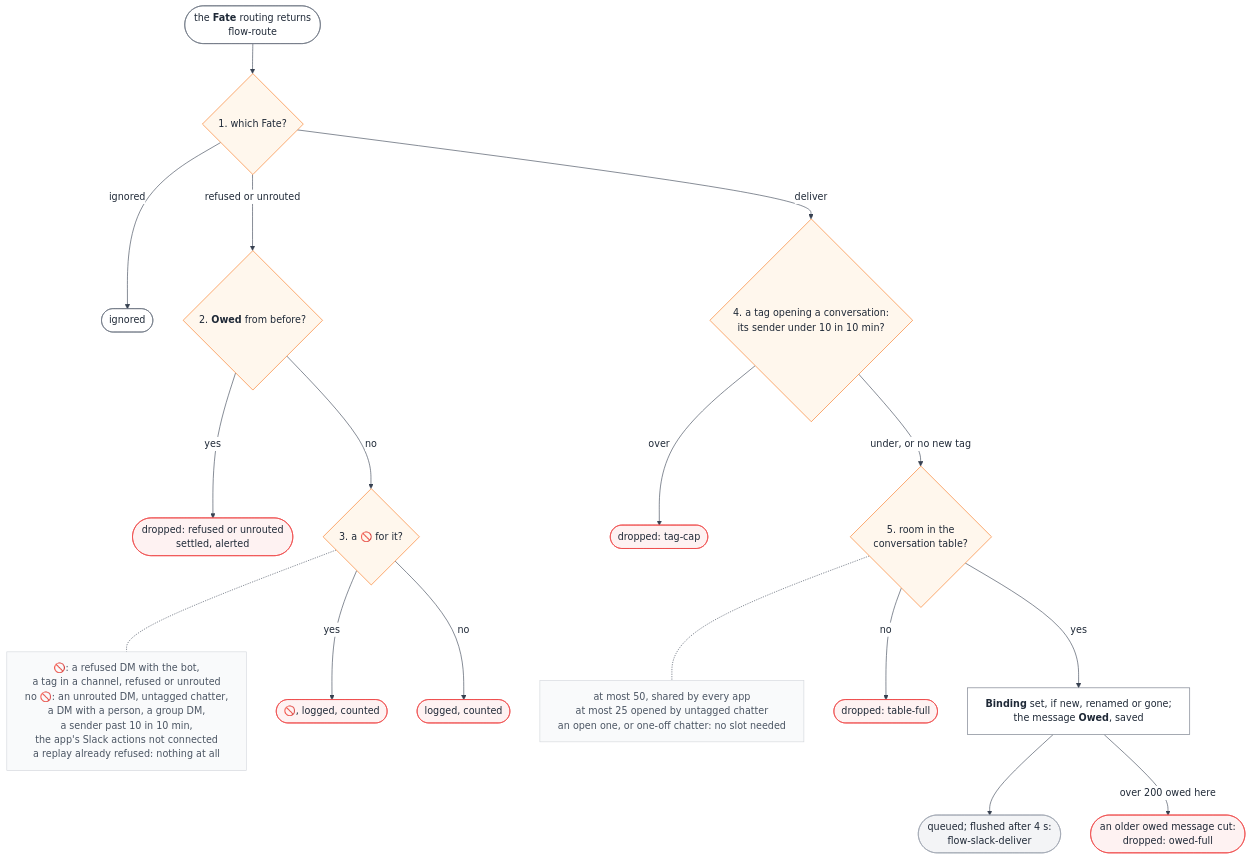
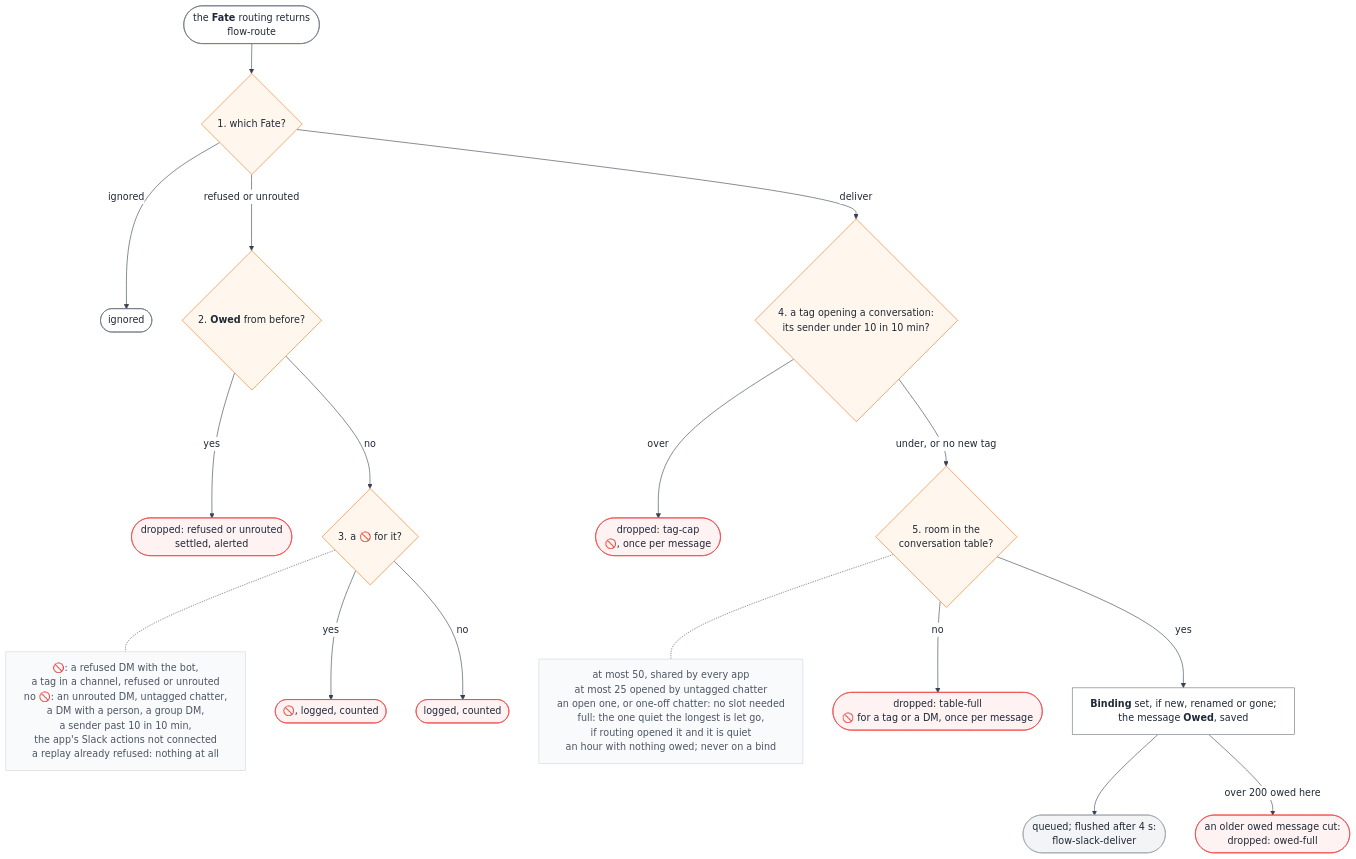
Before and after one commit to sf8193/hydra: the diagram in diagrams/flow-slack-fate.mmd, drawn with Mermaid. The commit also changed 10 other files, not shown here.

First line of the commit message:
Slack connector: LRU eviction when the conversation table is full; 🚫 on dropped messages (#826)

```diff
--- a/diagrams/flow-slack-fate.mmd
+++ b/diagrams/flow-slack-fate.mmd
@@ -1,49 +1,49 @@
 %%{init: {"theme":"base","themeVariables":{"background":"#ffffff","primaryColor":"#ffffff","primaryBorderColor":"#6b7280","primaryTextColor":"#1f2937","lineColor":"#374151","clusterBkg":"#ffffff","clusterBorder":"#d1d5db"},"flowchart":{"wrappingWidth":420,"useMaxWidth":false}}}%%
 %% What does the Slack connector do with each Fate routing returns?
 %% ConversationTable.classify after route(), connectors/slack/watch.ts:834-871; refuse, :954; enqueue, :920.
 %% Before: flow-route. Next: flow-slack-deliver. Every box's source: diagrams/flow-slack-fate.sources.md.
 flowchart TD
   in(["the <b>Fate</b> routing returns<br/>flow-route"])
   g1{"1. which Fate?"}
   ign(["ignored"])
   g2{"2. <b>Owed</b> from before?"}
   rdrop(["dropped: refused or unrouted<br/>settled, alerted"])
   g3{"3. a 🚫 for it?"}
   n3["🚫: a refused DM with the bot,<br/>a tag in a channel, refused or unrouted<br/>no 🚫: an unrouted DM, untagged chatter,<br/>a DM with a person, a group DM,<br/>a sender past 10 in 10 min,<br/>the app's Slack actions not connected<br/>a replay already refused: nothing at all"]
   react(["🚫, logged, counted"])
   quiet(["logged, counted"])
   g4{"4. a tag opening a conversation:<br/>its sender under 10 in 10 min?"}
-  tdrop(["dropped: tag-cap"])
+  tdrop(["dropped: tag-cap<br/>🚫, once per message"])
   g5{"5. room in the<br/>conversation table?"}
-  n5["at most 50, shared by every app<br/>at most 25 opened by untagged chatter<br/>an open one, or one-off chatter: no slot needed"]
-  fdrop(["dropped: table-full"])
+  n5["at most 50, shared by every app<br/>at most 25 opened by untagged chatter<br/>an open one, or one-off chatter: no slot needed<br/>full: the one quiet the longest is let go,<br/>if routing opened it and it is quiet<br/>an hour with nothing owed; never on a bind"]
+  fdrop(["dropped: table-full<br/>🚫 for a tag or a DM, once per message"])
   owe["<b>Binding</b> set, if new, renamed or gone;<br/>the message <b>Owed</b>, saved"]
   cut(["an older owed message cut:<br/>dropped: owed-full"])
   q(["queued; flushed after 4 s:<br/>flow-slack-deliver"])
 
   in --> g1
   g1 -->|ignored| ign
   g1 -->|"refused or unrouted"| g2
   g1 -->|deliver| g4
   g2 -->|yes| rdrop
   g2 -->|no| g3
   g3 -.- n3
   g3 -->|yes| react
   g3 -->|no| quiet
   g4 -->|over| tdrop
   g4 -->|"under, or no new tag"| g5
   g5 -.- n5
   g5 -->|no| fdrop
   g5 -->|yes| owe
   owe --> q
   owe -->|"over 200 owed here"| cut
 
   classDef gate fill:#fff7ed,stroke:#f97316,color:#1f2937
   classDef stop fill:#fef2f2,stroke:#ef4444,color:#1f2937
   classDef wait fill:#f3f4f6,stroke:#9ca3af,color:#1f2937
   classDef done fill:#ecfdf5,stroke:#10b981,color:#1f2937
   classDef note fill:#f9fafb,stroke:#d1d5db,color:#4b5563
   class g1,g2,g3,g4,g5 gate
   class rdrop,react,quiet,tdrop,fdrop,cut stop
   class q wait
   class n3,n5 note
```
